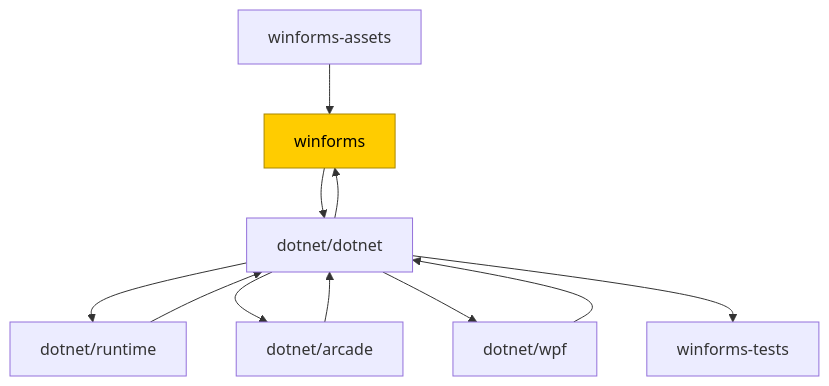
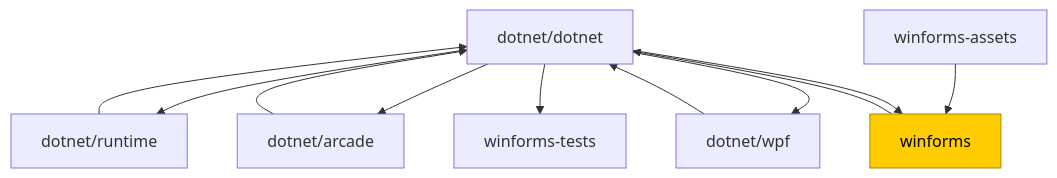
The fourth of 4 diagrams in Documentation/UnifiedBuild/Flat flow migration guide.md (dotnet/arcade), drawn with Mermaid before and after one commit. The commit also changed other lines of this file, not shown here.

Commit message:
Simplify the dependency graph

````diff
--- a/Documentation/UnifiedBuild/Flat flow migration guide.md
+++ b/Documentation/UnifiedBuild/Flat flow migration guide.md
@@ -171,17 +166,19 @@
 ```mermaid
 graph TD
+    vmr[dotnet/dotnet]
+
     winformsAssets[winforms-assets]--> winforms:::active
 
-    arcade[dotnet/arcade] --> vmr[dotnet/dotnet]
+    arcade[dotnet/arcade] --> vmr
     runtime[dotnet/runtime] --> vmr
     vmr --> runtime
     vmr --> arcade
     winforms --> vmr
 
     vmr --> wpf[dotnet/wpf]
     wpf --> vmr
+    vmr --> winforms
     vmr --> winformsTests[winforms-tests]
-    vmr --> winforms
 
     classDef active fill:#ffcc00,stroke:#aa8800,color:#000;
 ```
````
